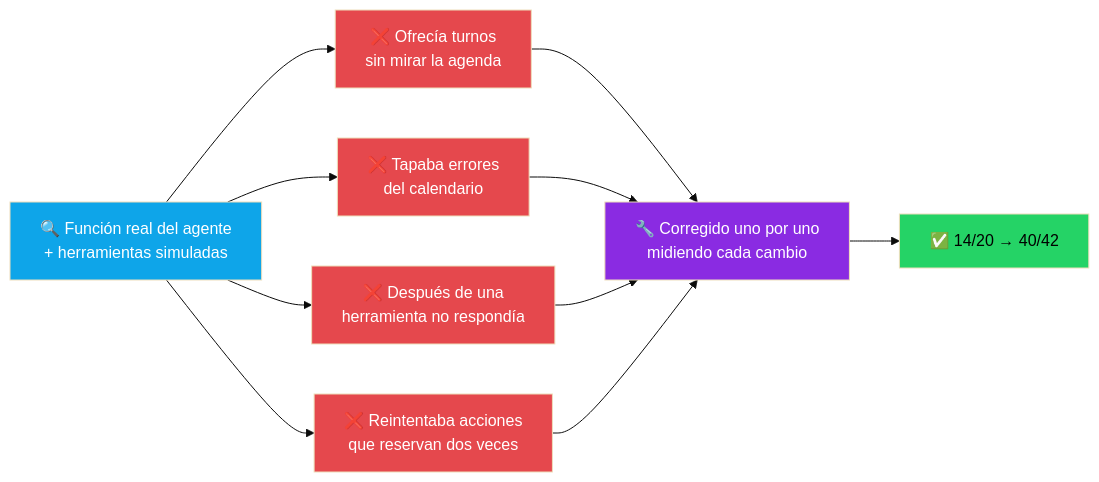
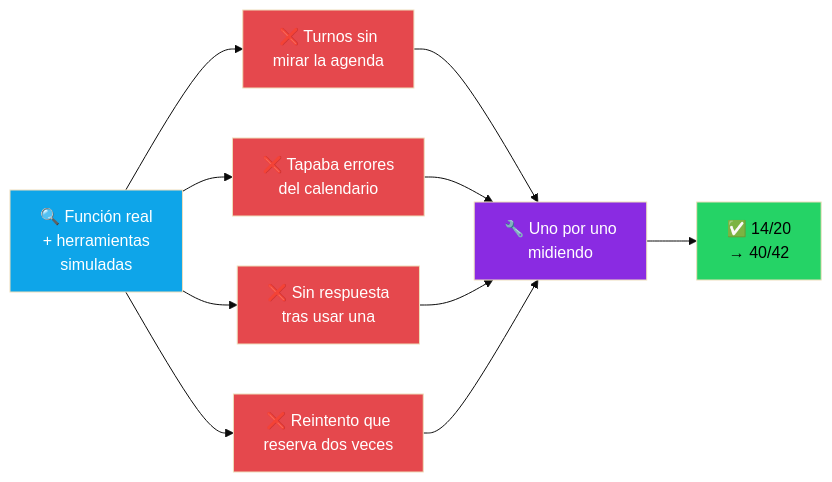
Before and after one commit to grancobud/arm-whatsapp: diagram 11 of 15 in README.md, drawn with Mermaid (base theme). The commit also changed other lines of this file, not shown here.

Commit message:
docs: diagramas de auditoría más compactos (entran en pantallas angostas)

````diff
--- a/README.md
+++ b/README.md
@@ -321,17 +309,13 @@
 ```mermaid
 flowchart LR
-    P[🔍 Función real del agente<br/>+ herramientas simuladas] --> F1[❌ Ofrecía turnos<br/>sin mirar la agenda]
-    P --> F2[❌ Tapaba errores<br/>del calendario]
-    P --> F3[❌ Después de una<br/>herramienta no respondía]
-    P --> F4[❌ Reintentaba acciones<br/>que reservan dos veces]
-    F1 & F2 & F3 & F4 --> M[🔧 Corregido uno por uno<br/>midiendo cada cambio]
-    M --> R[✅ 14/20 → 40/42]
-
-    style P fill:#0EA5E9,color:#fff
-    style F1 fill:#E5484D,color:#fff
-    style F2 fill:#E5484D,color:#fff
-    style F3 fill:#E5484D,color:#fff
-    style F4 fill:#E5484D,color:#fff
-    style M fill:#8A2BE2,color:#fff
-    style R fill:#25D366,color:#000
+    P[🔍 Función real<br/>+ herramientas<br/>simuladas]:::p --> F1[❌ Turnos sin<br/>mirar la agenda]:::f
+    P --> F2[❌ Tapaba errores<br/>del calendario]:::f
+    P --> F3[❌ Sin respuesta<br/>tras usar una]:::f
+    P --> F4[❌ Reintento que<br/>reserva dos veces]:::f
+    F1 & F2 & F3 & F4 --> M[🔧 Uno por uno<br/>midiendo]:::m
+    M --> R[✅ 14/20<br/>→ 40/42]:::r
+    classDef p fill:#0EA5E9,color:#fff
+    classDef f fill:#E5484D,color:#fff
+    classDef m fill:#8A2BE2,color:#fff
+    classDef r fill:#25D366,color:#000
 ```
````
